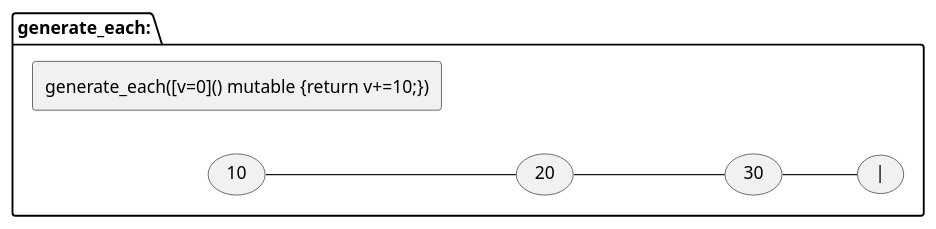
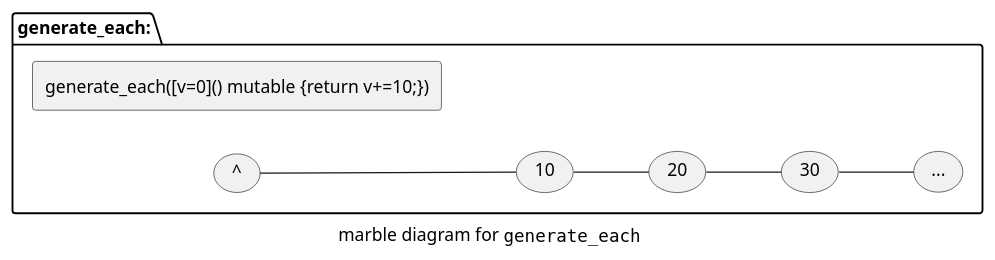
Before and after one commit to kirkshoop/sequence-next: diagram 11 of 16 in sequences.md, drawn with PlantUML. The commit also changed other lines of this file, not shown here.

Commit message:
more diagrams and algorithm descriptions

````diff
--- a/sequences.md
+++ b/sequences.md
@@ -466,9 +540,11 @@
 ```plantuml
+caption marble diagram for ""generate_each""
 left to right direction
 package generate_each: {
 rectangle ""generate_each([v=0]() mutable {return v+=10;})""
+(^) -- (10)
 (10) -- (20)
-(20) --- (30)
-(30) -- (|)
+(20) -- (30)
+(30) -- (...)
 }
 ```
````
